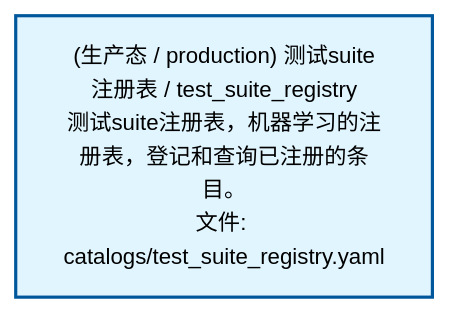
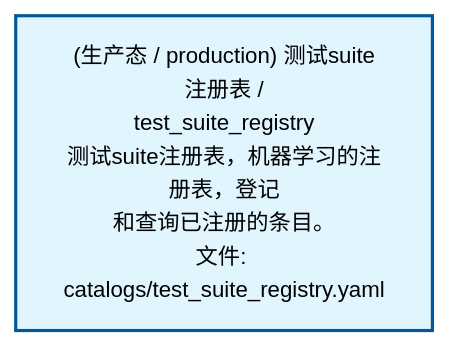
The second of 2 diagrams in docs/02_enterprise_architecture/02_domain_architecture_docs/33_d_audittest.md (xuanFelixVan/ZephyrAlpha), drawn with Mermaid before and after one commit. The commit also changed other lines of this file and 59 other files, not shown here.

````diff
--- a/docs/02_enterprise_architecture/02_domain_architecture_docs/33_d_audittest.md
+++ b/docs/02_enterprise_architecture/02_domain_architecture_docs/33_d_audittest.md
@@ -68,10 +68,10 @@
 ```mermaid
 %%{init: {'theme': 'base', 'themeVariables': {'primaryColor': '#eaeaea', 'primaryTextColor': '#333333', 'primaryBorderColor': '#666666', 'lineColor': '#666666', 'secondaryColor': '#eaeaea', 'tertiaryColor': '#eaeaea', 'fontSize': '14px'}}}%%
 flowchart TD
-    docs_01_policies_and_standards_registry_catalogs_test_suite_registry_yaml["(生产态 / production) 测试suite注册表 / test_suite_registry<br/>测试suite注册表，机器学习的注册表，登记和查询已注册的条目。<br/>文件: catalogs/test_suite_registry.yaml"]
+    docs_01_policies_and_standards_registry_catalogs_test_suite_registry_yaml["(生产态 / production) 测试suite注册表 /<br/>test_suite_registry<br/>测试suite注册表，机器学习的注册表，登记<br/>和查询已注册的条目。<br/>文件: catalogs/test_suite_registry.yaml"]
     classDef production fill:#e1f5fe,stroke:#01579b,stroke-width:2px,color:#000
     classDef design fill:#fff3e0,stroke:#e65100,stroke-width:2px,color:#000,stroke-dasharray: 5 5
     classDef external_prod fill:#e8f4fd,stroke:#0277bd,stroke-width:1px,color:#000
     classDef external_design fill:#fff8e7,stroke:#ef6c00,stroke-width:1px,color:#000,stroke-dasharray: 5 5
     class docs_01_policies_and_standards_registry_catalogs_test_suite_registry_yaml production
 ```
````
